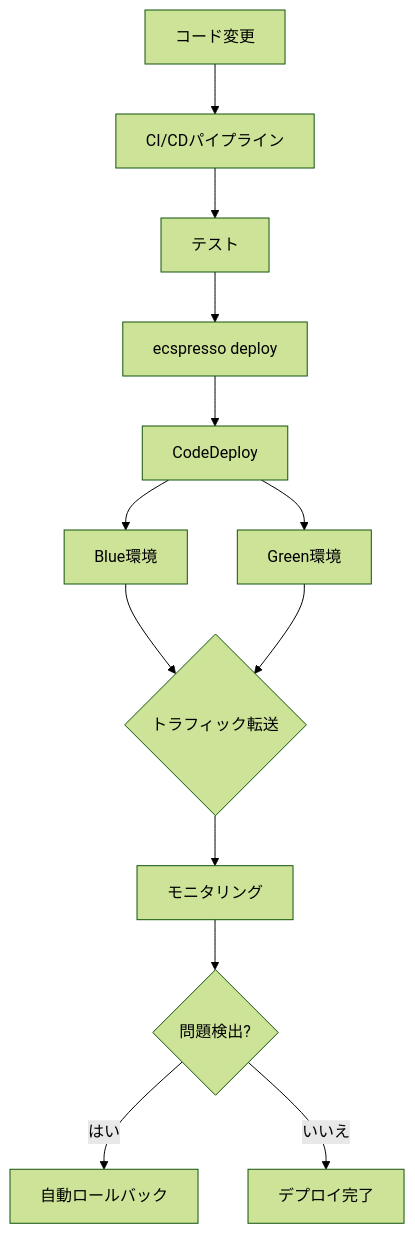
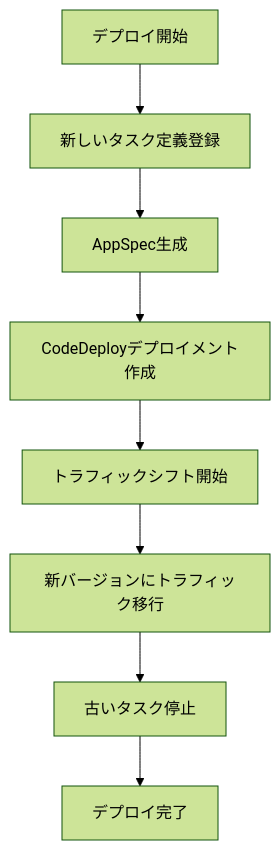
The second of 2 diagrams in ecspresso/practical/large-scale.md (bufferings/devin-docs), drawn with Mermaid (forest theme) before and after one commit. The commit also changed other lines of this file and 32 other files, not shown here.

````diff
--- a/ecspresso/practical/large-scale.md
+++ b/ecspresso/practical/large-scale.md
@@ -144,15 +181,10 @@
 ```mermaid
 graph TD
-    A[コード変更] --> B[CI/CDパイプライン]
-    B --> C[テスト]
-    C --> D[ecspresso deploy]
-    D --> E[CodeDeploy]
-    E --> F[Blue環境]
-    E --> G[Green環境]
-    F --> H{トラフィック転送}
-    G --> H
-    H --> I[モニタリング]
-    I --> J{問題検出?}
-    J -->|はい| K[自動ロールバック]
-    J -->|いいえ| L[デプロイ完了]
+    A[デプロイ開始] --> B[新しいタスク定義登録]
+    B --> C[AppSpec生成]
+    C --> D[CodeDeployデプロイメント作成]
+    D --> E[トラフィックシフト開始]
+    E --> F[新バージョンにトラフィック移行]
+    F --> G[古いタスク停止]
+    G --> H[デプロイ完了]
 ```
````
